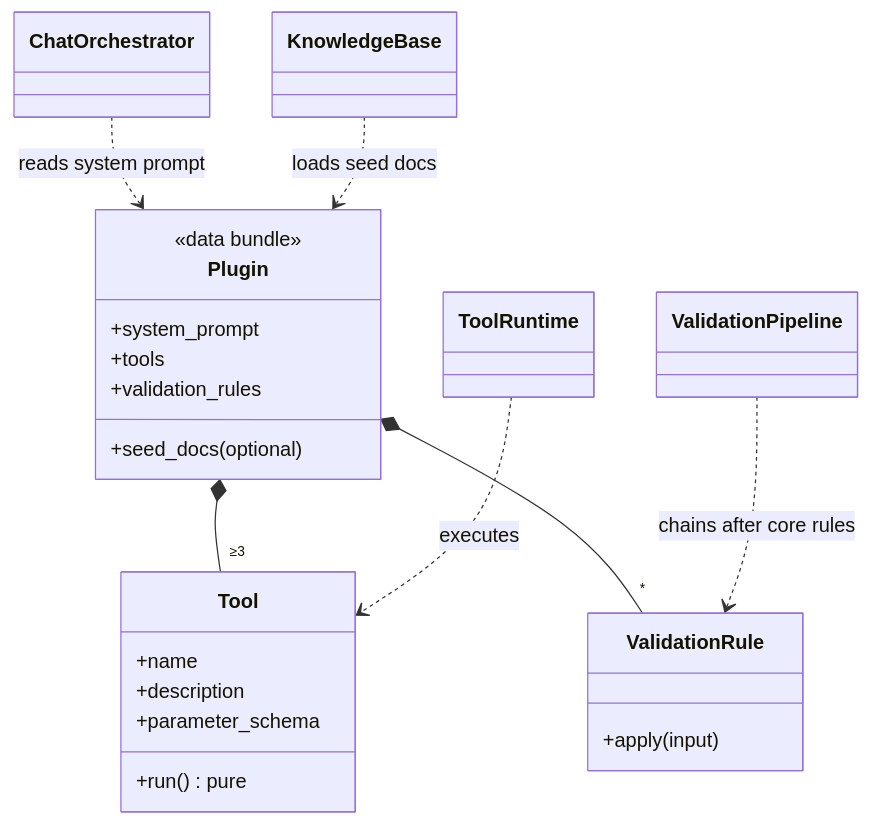
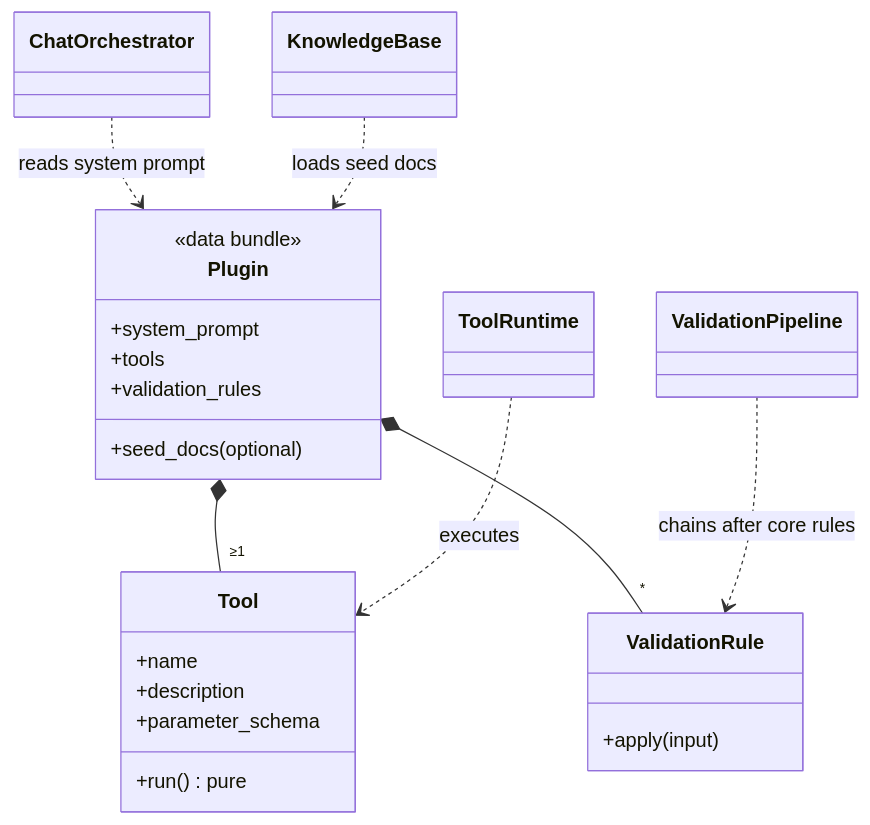
The second of 4 diagrams in docs/plans/webapp-overview.md (aschog/cora), drawn with Mermaid before and after one commit. The commit also changed other lines of this file, not shown here.

Commit message:
docs: overview plugin contract requires ≥1 tool (spec's ≥3 met by reference plugin)

````diff
--- a/docs/plans/webapp-overview.md
+++ b/docs/plans/webapp-overview.md
@@ -91,25 +91,25 @@
 ```mermaid
 classDiagram
   class Plugin {
     <<data bundle>>
     +system_prompt
     +tools
     +validation_rules
     +seed_docs (optional)
   }
   class Tool {
     +name
     +description
     +parameter_schema
     +run() pure
   }
   class ValidationRule {
     +apply(input)
   }
-  Plugin *-- "≥3" Tool
+  Plugin *-- "≥1" Tool
   Plugin *-- "*" ValidationRule
   ChatOrchestrator ..> Plugin : reads system prompt
   ToolRuntime ..> Tool : executes
   ValidationPipeline ..> ValidationRule : chains after core rules
   KnowledgeBase ..> Plugin : loads seed docs
 ```
````
